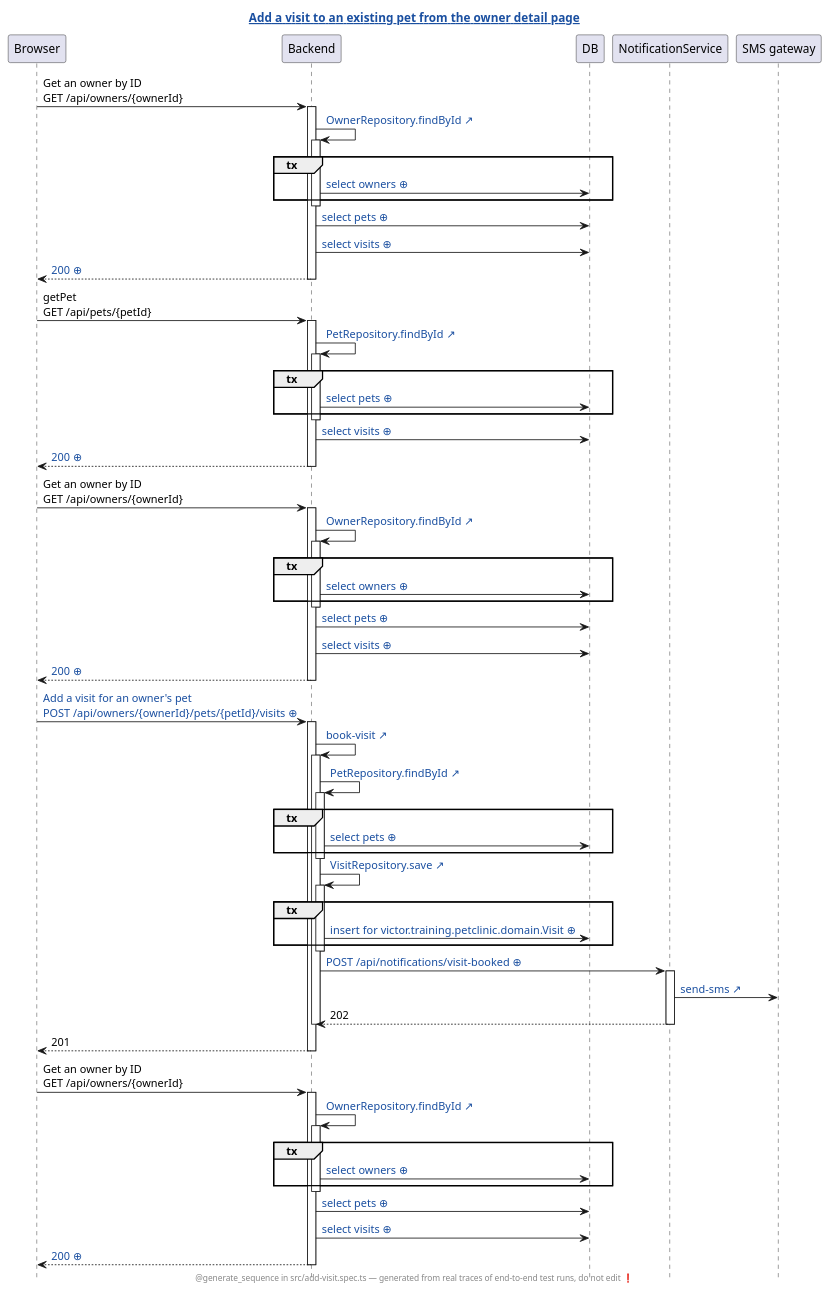
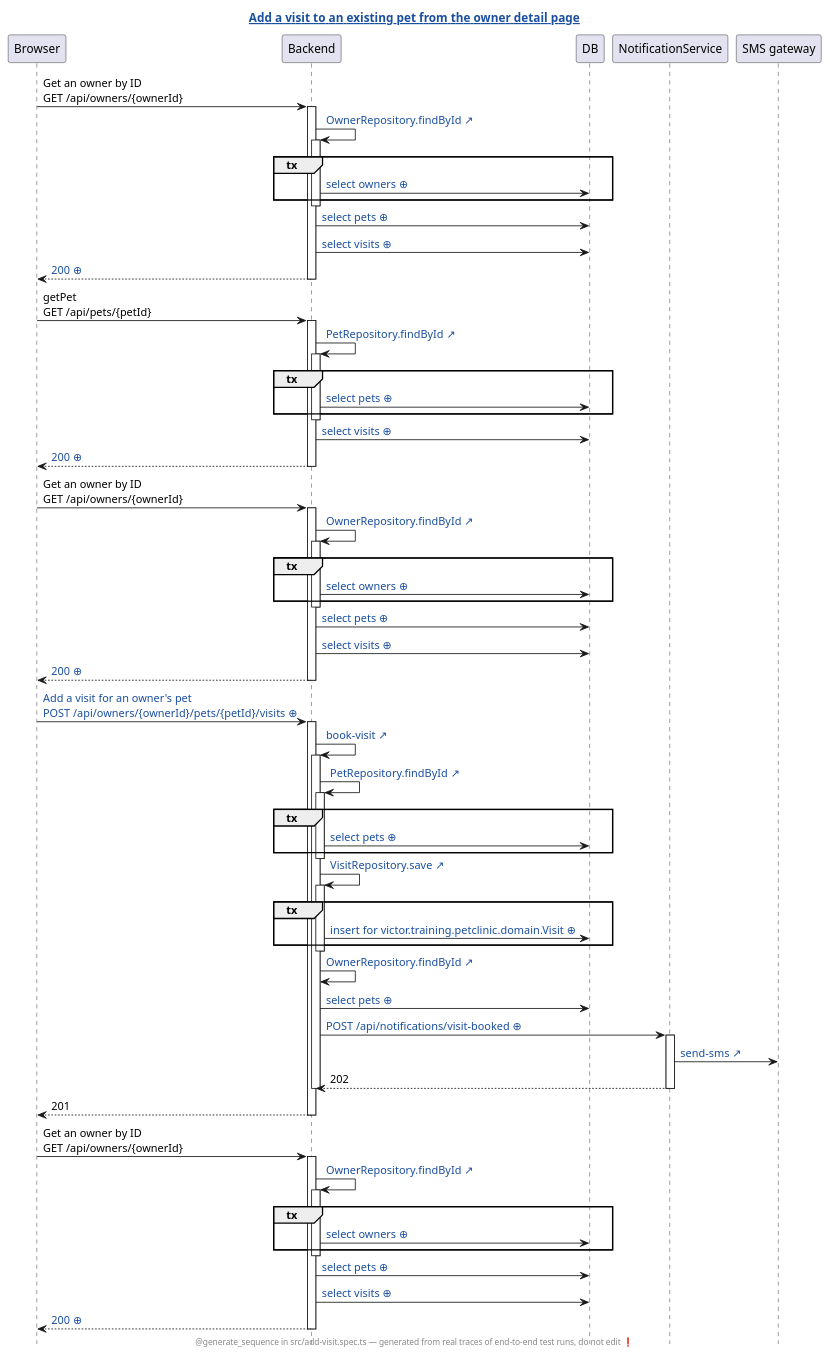
Before and after one commit to victorrentea/petclinic: the diagram in petclinic-test/generated/add-visit.spec.ts.add-a-visit-to-an-existing-pet-from-the-owner-detail-page.genseq.puml, drawn with PlantUML. The commit also changed 78 other files, not shown here.

```diff
--- a/petclinic-test/generated/add-visit.spec.ts.add-a-visit-to-an-existing-pet-from-the-owner-detail-page.genseq.puml
+++ b/petclinic-test/generated/add-visit.spec.ts.add-a-visit-to-an-existing-pet-from-the-owner-detail-page.genseq.puml
@@ -1,84 +1,86 @@
 @startuml
 ' ⚠️  GENERATED FILE — DO NOT EDIT. Every edit is lost on the next run.
 hide footbox
 skinparam hyperlinkUnderline false
 skinparam hyperlinkColor #1A4FA0
 title [[src://petclinic-test/src/add-visit.spec.ts:31{Click to open the test} Add a visit to an existing pet from the owner detail page]]
 footer @generate_sequence in src/add-visit.spec.ts — generated from real traces of end-to-end test runs, do not edit ❗
 participant Browser
 participant Backend
 participant DB
 participant NotificationService
 participant "SMS gateway"
 Browser -> Backend: Get an owner by ID\nGET /api/owners/{ownerId}
 activate Backend
-Backend -> Backend: [[src://petclinic-backend/src/main/java/victor/training/petclinic/repository/OwnerRepository.java:14{Click to open OwnerRepository.findById} OwnerRepository.findById ↗]]
+Backend -> Backend: [[src://petclinic-backend/src/main/java/victor/training/petclinic/repository/OwnerRepository.java:15{Click to open OwnerRepository.findById} OwnerRepository.findById ↗]]
 activate Backend
 group tx
 Backend -> DB: [[genseq://0x8aana{Click for the statement behind this call} select owners ⊕]]
 end
 deactivate Backend
 Backend -> DB: [[genseq://18567ho{Click for the statement behind this call} select pets ⊕]]
 Backend -> DB: [[genseq://13apewa{Click for the statement behind this call} select visits ⊕]]
-Backend --> Browser: [[genseq://1kvauob{Click for this call’s JSON body} 200 ⊕]]
+Backend --> Browser: [[genseq://1g0ot85{Click for this call’s JSON body} 200 ⊕]]
 deactivate Backend
 Browser -> Backend: getPet\nGET /api/pets/{petId}
 activate Backend
 Backend -> Backend: [[src://petclinic-backend/src/main/java/victor/training/petclinic/repository/PetRepository.java:16{Click to open PetRepository.findById} PetRepository.findById ↗]]
 activate Backend
 group tx
 Backend -> DB: [[genseq://0y7w2ps{Click for the statement behind this call} select pets ⊕]]
 end
 deactivate Backend
 Backend -> DB: [[genseq://13apewa{Click for the statement behind this call} select visits ⊕]]
-Backend --> Browser: [[genseq://0f51kab{Click for this call’s JSON body} 200 ⊕]]
+Backend --> Browser: [[genseq://0ts0dcp{Click for this call’s JSON body} 200 ⊕]]
 deactivate Backend
 Browser -> Backend: Get an owner by ID\nGET /api/owners/{ownerId}
 activate Backend
-Backend -> Backend: [[src://petclinic-backend/src/main/java/victor/training/petclinic/repository/OwnerRepository.java:14{Click to open OwnerRepository.findById} OwnerRepository.findById ↗]]
+Backend -> Backend: [[src://petclinic-backend/src/main/java/victor/training/petclinic/repository/OwnerRepository.java:15{Click to open OwnerRepository.findById} OwnerRepository.findById ↗]]
 activate Backend
 group tx
 Backend -> DB: [[genseq://0x8aana{Click for the statement behind this call} select owners ⊕]]
 end
 deactivate Backend
 Backend -> DB: [[genseq://18567ho{Click for the statement behind this call} select pets ⊕]]
 Backend -> DB: [[genseq://13apewa{Click for the statement behind this call} select visits ⊕]]
-Backend --> Browser: [[genseq://1kvauob{Click for this call’s JSON body} 200 ⊕]]
+Backend --> Browser: [[genseq://1g0ot85{Click for this call’s JSON body} 200 ⊕]]
 deactivate Backend
-Browser -> Backend: [[genseq://0ikez13{Click for this call’s JSON body} Add a visit for an owner's pet\nPOST /api/owners/{ownerId}/pets/{petId}/visits ⊕]]
+Browser -> Backend: [[genseq://0wv2dmt{Click for this call’s JSON body} Add a visit for an owner's pet\nPOST /api/owners/{ownerId}/pets/{petId}/visits ⊕]]
 activate Backend
-Backend -> Backend: [[src://petclinic-backend/src/main/java/victor/training/petclinic/rest/OwnerRestController.java:189{Click to open OwnerRestController.bookVisit} book-visit ↗]]
+Backend -> Backend: [[src://petclinic-backend/src/main/java/victor/training/petclinic/rest/OwnerRestController.java:224{Click to open OwnerRestController.bookVisit} book-visit ↗]]
 activate Backend
 Backend -> Backend: [[src://petclinic-backend/src/main/java/victor/training/petclinic/repository/PetRepository.java:16{Click to open PetRepository.findById} PetRepository.findById ↗]]
 activate Backend
 group tx
 Backend -> DB: [[genseq://0y7w2ps{Click for the statement behind this call} select pets ⊕]]
 end
 deactivate Backend
 Backend -> Backend: [[src://petclinic-backend/src/main/java/victor/training/petclinic/repository/VisitRepository.java:14{Click to open VisitRepository.save} VisitRepository.save ↗]]
 activate Backend
 group tx
-Backend -> DB: [[genseq://0ko5dse{Click for the statement behind this call} insert for victor.training.petclinic.domain.Visit ⊕]]
+Backend -> DB: [[genseq://0xvh4q6{Click for the statement behind this call} insert for victor.training.petclinic.domain.Visit ⊕]]
 end
 deactivate Backend
+Backend -> Backend: [[src://petclinic-backend/src/main/java/victor/training/petclinic/repository/OwnerRepository.java:15{Click to open OwnerRepository.findById} OwnerRepository.findById ↗]]
+Backend -> DB: [[genseq://18567ho{Click for the statement behind this call} select pets ⊕]]
 Backend -> NotificationService: [[genseq://143ezko{Click for this call’s JSON body} POST /api/notifications/visit-booked ⊕]]
 activate NotificationService
 NotificationService -> "SMS gateway": [[src://notification-service/src/main/java/victor/training/notification/SmsGateway.java:23{Click to open SmsGateway.send} send-sms ↗]]
 NotificationService --> Backend: 202
 deactivate NotificationService
 deactivate Backend
 Backend --> Browser: 201
 deactivate Backend
 Browser -> Backend: Get an owner by ID\nGET /api/owners/{ownerId}
 activate Backend
-Backend -> Backend: [[src://petclinic-backend/src/main/java/victor/training/petclinic/repository/OwnerRepository.java:14{Click to open OwnerRepository.findById} OwnerRepository.findById ↗]]
+Backend -> Backend: [[src://petclinic-backend/src/main/java/victor/training/petclinic/repository/OwnerRepository.java:15{Click to open OwnerRepository.findById} OwnerRepository.findById ↗]]
 activate Backend
 group tx
 Backend -> DB: [[genseq://0x8aana{Click for the statement behind this call} select owners ⊕]]
 end
 deactivate Backend
 Backend -> DB: [[genseq://18567ho{Click for the statement behind this call} select pets ⊕]]
 Backend -> DB: [[genseq://13apewa{Click for the statement behind this call} select visits ⊕]]
-Backend --> Browser: [[genseq://19m3aru{Click for this call’s JSON body} 200 ⊕]]
+Backend --> Browser: [[genseq://0kosoq7{Click for this call’s JSON body} 200 ⊕]]
 deactivate Backend
 @enduml
```
